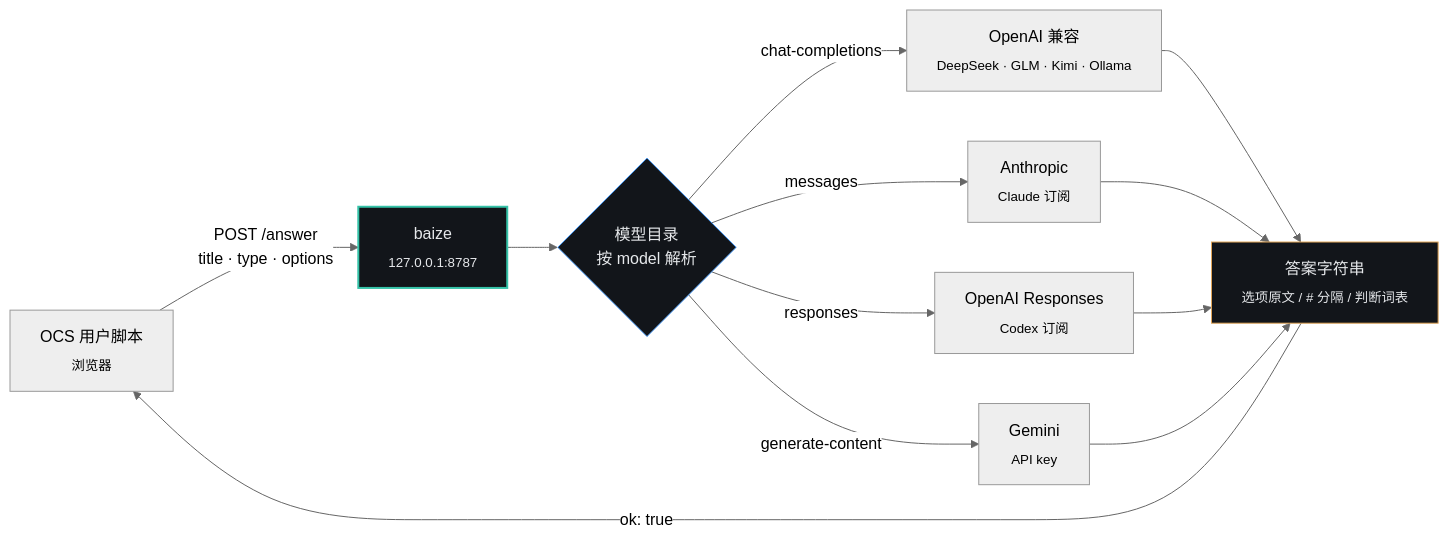
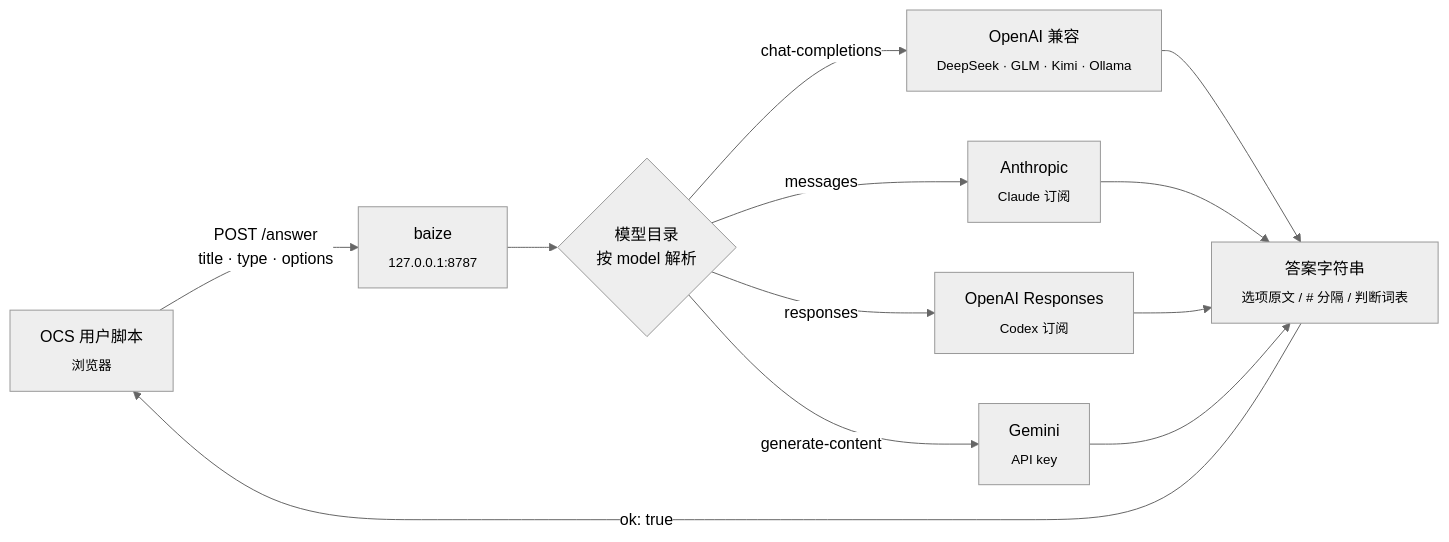
Before and after one commit to Ghost-king-gk/baize: the first of 2 diagrams in README.md, drawn with Mermaid (neutral theme).

Commit message:
docs(readme): 架构图去掉写死的深色填充，交给 GitHub 主题上色
浅色主题下深底深字不可读，硬编码颜色只在自定义 CSS 里成立

````diff
--- a/README.md
+++ b/README.md
@@ -41,18 +41,14 @@
 ```mermaid
 flowchart LR
     A["OCS 用户脚本<br/><sub>浏览器</sub>"] -->|"POST /answer<br/>title · type · options"| B["baize<br/><sub>127.0.0.1:8787</sub>"]
     B --> C{"模型目录<br/>按 model 解析"}
     C -->|"chat-completions"| D["OpenAI 兼容<br/><sub>DeepSeek · GLM · Kimi · Ollama</sub>"]
     C -->|"messages"| E["Anthropic<br/><sub>Claude 订阅</sub>"]
     C -->|"responses"| F["OpenAI Responses<br/><sub>Codex 订阅</sub>"]
     C -->|"generate-content"| G["Gemini<br/><sub>API key</sub>"]
     D --> H["答案字符串<br/><sub>选项原文 / # 分隔 / 判断词表</sub>"]
     E --> H
     F --> H
     G --> H
     H -->|"ok: true"| A
-
-    style B fill:#12151A,stroke:#35C2A8,stroke-width:2px,color:#E6E8EB
-    style C fill:#12151A,stroke:#4EA1FF,color:#E6E8EB
-    style H fill:#12151A,stroke:#E0A458,color:#E6E8EB
 ```
````
